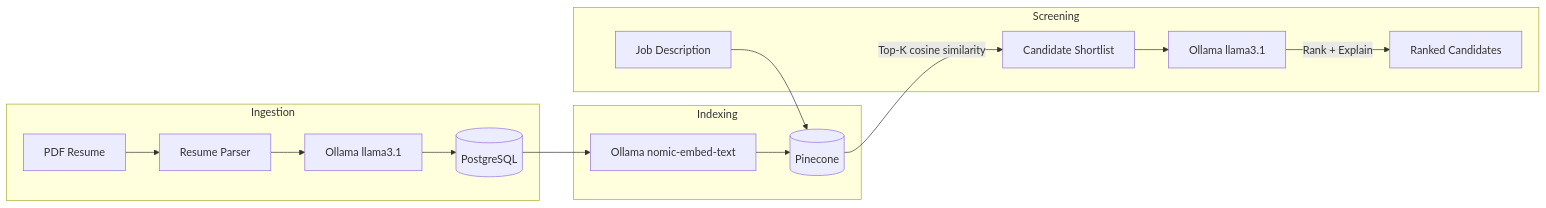
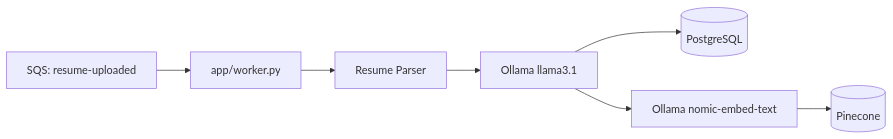
One commit to LakshyaTecno/resume-screening-service changed the first of 2 diagrams in README.md. Above: the diagram before and after it, drawn with Mermaid. The commit also changed other lines of this file, not shown here.

````diff
--- a/README.md
+++ b/README.md
@@ -7,20 +18,9 @@
 ```mermaid
 flowchart LR
-    subgraph Ingestion
-        PDF[PDF Resume] --> Parser[Resume Parser]
-        Parser --> LLM1[Ollama llama3.1]
-        LLM1 --> PG[(PostgreSQL)]
-    end
-
-    subgraph Indexing
-        PG --> Embed[Ollama nomic-embed-text]
-        Embed --> PC[(Pinecone)]
-    end
-
-    subgraph Screening
-        JD[Job Description] --> PC
-        PC -->|Top-K cosine similarity| Shortlist[Candidate Shortlist]
-        Shortlist --> LLM2[Ollama llama3.1]
-        LLM2 -->|Rank + Explain| Results[Ranked Candidates]
-    end
+    SQS[SQS: resume-uploaded] --> Worker[app/worker.py]
+    Worker --> Parser[Resume Parser]
+    Parser --> LLM1[Ollama llama3.1]
+    LLM1 --> PG[(PostgreSQL)]
+    LLM1 --> Embed[Ollama nomic-embed-text]
+    Embed --> PC[(Pinecone)]
 ```
````
